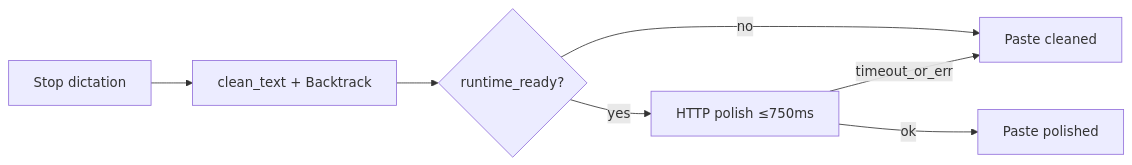
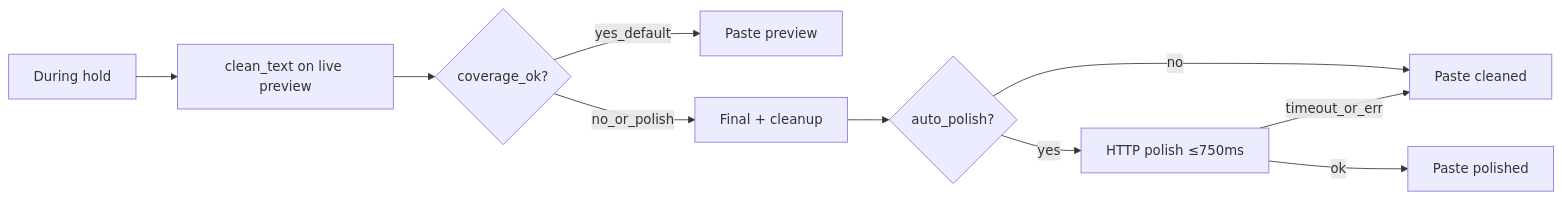
One commit to leviathofnoesia/atmospeak changed the first of 2 diagrams in docs/releases/v1.0.0.md. Above: the diagram before and after it, drawn with Mermaid. The commit also changed other lines of this file and 1 other file, not shown here.

Commit message:
Document preview-ready paste in the v1.0.0 changelog and release notes.

````diff
--- a/docs/releases/v1.0.0.md
+++ b/docs/releases/v1.0.0.md
@@ -35,9 +37,12 @@
 ```mermaid
 flowchart LR
-  stop[Stop dictation] --> clean[clean_text + Backtrack]
-  clean --> ready{runtime_ready?}
+  hold[During hold] --> cleanLive[clean_text on live preview]
+  cleanLive --> release{coverage_ok?}
+  release -->|yes_default| pastePreview[Paste preview]
+  release -->|no_or_polish| finalize[Final + cleanup]
+  finalize --> ready{auto_polish?}
   ready -->|no| pasteClean[Paste cleaned]
   ready -->|yes| polish[HTTP polish ≤750ms]
   polish -->|ok| pastePolished[Paste polished]
   polish -->|timeout_or_err| pasteClean
 ```
````
